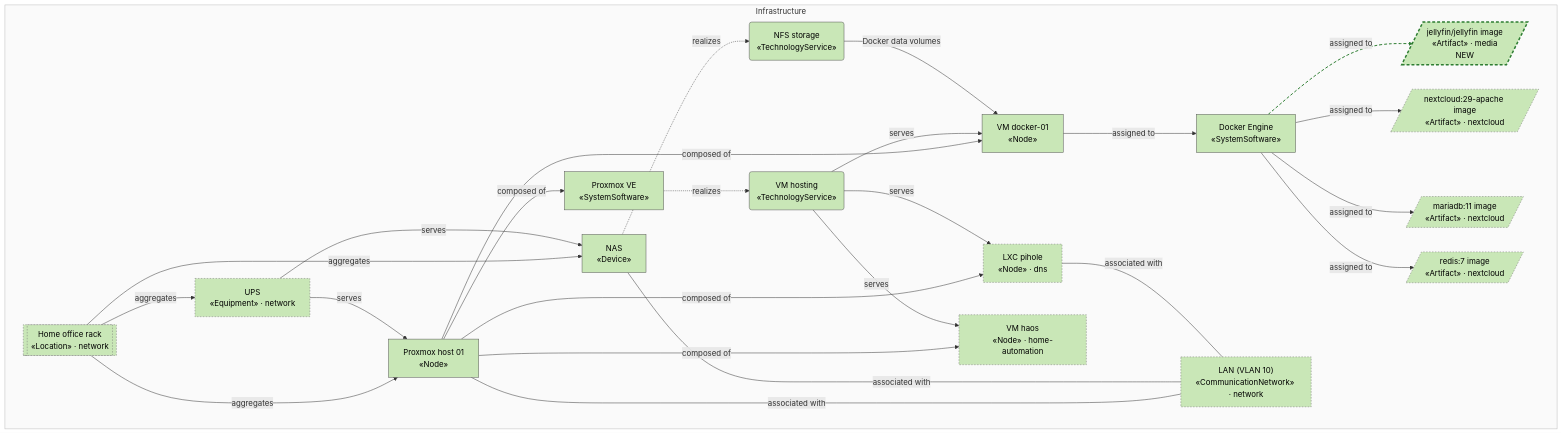
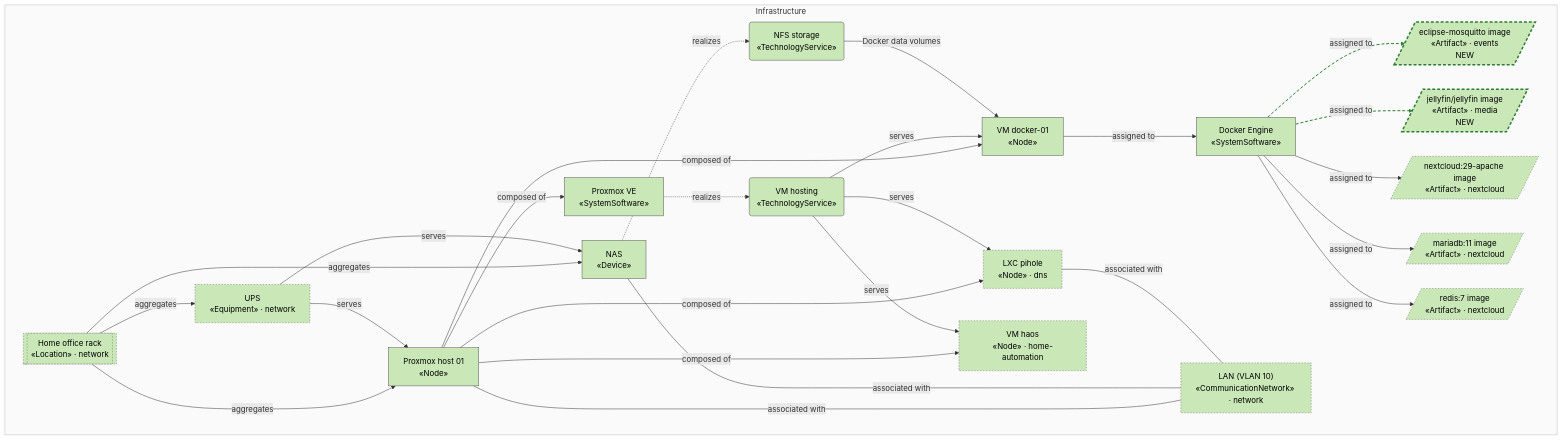
Before and after one commit to b-zig/a4m: the first of 3 diagrams in docs/compute/view-infrastructure.md, drawn with Mermaid. The commit also changed other lines of this file and 28 other files, not shown here.

````diff
--- a/docs/compute/view-infrastructure.md
+++ b/docs/compute/view-infrastructure.md
@@ -8,53 +8,56 @@
 ```mermaid
 flowchart TB
   subgraph layer_infrastructure["Infrastructure"]
     direction LR
     infra_pve_01["Proxmox host 01<br/>«Node»"]
     infra_proxmox_ve["Proxmox VE<br/>«SystemSoftware»"]
     infra_vm_docker["VM docker-01<br/>«Node»"]
     infra_docker["Docker Engine<br/>«SystemSoftware»"]
     infra_nas["NAS<br/>«Device»"]
     infra_svc_vm_hosting("VM hosting<br/>«TechnologyService»")
     infra_svc_nfs("NFS storage<br/>«TechnologyService»")
     dns__infra_lxc_pihole["LXC pihole<br/>«Node» · dns"]
+    events__infra_art_mosquitto[/"eclipse-mosquitto image<br/>«Artifact» · events<br/>NEW"/]
     home_automation__infra_vm_haos["VM haos<br/>«Node» · home-automation"]
     media__infra_art_jellyfin[/"jellyfin/jellyfin image<br/>«Artifact» · media<br/>NEW"/]
     network__infra_loc_home[["Home office rack<br/>«Location» · network"]]
     network__infra_net_lan["LAN (VLAN 10)<br/>«CommunicationNetwork» · network"]
     network__infra_ups["UPS<br/>«Equipment» · network"]
     nextcloud__infra_art_mariadb[/"mariadb:11 image<br/>«Artifact» · nextcloud"/]
     nextcloud__infra_art_nextcloud[/"nextcloud:29-apache image<br/>«Artifact» · nextcloud"/]
     nextcloud__infra_art_redis[/"redis:7 image<br/>«Artifact» · nextcloud"/]
   end
   infra_pve_01 -->|"composed of"| infra_proxmox_ve
   infra_pve_01 -->|"composed of"| infra_vm_docker
   infra_proxmox_ve -.->|"realizes"| infra_svc_vm_hosting
   infra_svc_vm_hosting -->|"serves"| infra_vm_docker
   infra_vm_docker -->|"assigned to"| infra_docker
   infra_nas -.->|"realizes"| infra_svc_nfs
   infra_svc_nfs -->|"Docker data volumes"| infra_vm_docker
   network__infra_loc_home -->|"aggregates"| infra_pve_01
   network__infra_loc_home -->|"aggregates"| infra_nas
   network__infra_ups -->|"serves"| infra_pve_01
   network__infra_ups -->|"serves"| infra_nas
   infra_pve_01 ---|"associated with"| network__infra_net_lan
   infra_nas ---|"associated with"| network__infra_net_lan
   infra_pve_01 -->|"composed of"| dns__infra_lxc_pihole
   infra_svc_vm_hosting -->|"serves"| dns__infra_lxc_pihole
   dns__infra_lxc_pihole ---|"associated with"| network__infra_net_lan
+  infra_docker -->|"assigned to"| events__infra_art_mosquitto
   infra_pve_01 -->|"composed of"| home_automation__infra_vm_haos
   infra_svc_vm_hosting -->|"serves"| home_automation__infra_vm_haos
   infra_docker -->|"assigned to"| media__infra_art_jellyfin
   network__infra_loc_home -->|"aggregates"| network__infra_ups
   infra_docker -->|"assigned to"| nextcloud__infra_art_nextcloud
   infra_docker -->|"assigned to"| nextcloud__infra_art_mariadb
   infra_docker -->|"assigned to"| nextcloud__infra_art_redis
   classDef infrastructure fill:#C9E7B7,stroke:#555,color:#000
-  class infra_pve_01,infra_proxmox_ve,infra_vm_docker,infra_docker,infra_nas,infra_svc_vm_hosting,infra_svc_nfs,dns__infra_lxc_pihole,home_automation__infra_vm_haos,media__infra_art_jellyfin,network__infra_loc_home,network__infra_net_lan,network__infra_ups,nextcloud__infra_art_mariadb,nextcloud__infra_art_nextcloud,nextcloud__infra_art_redis infrastructure
+  class infra_pve_01,infra_proxmox_ve,infra_vm_docker,infra_docker,infra_nas,infra_svc_vm_hosting,infra_svc_nfs,dns__infra_lxc_pihole,events__infra_art_mosquitto,home_automation__infra_vm_haos,media__infra_art_jellyfin,network__infra_loc_home,network__infra_net_lan,network__infra_ups,nextcloud__infra_art_mariadb,nextcloud__infra_art_nextcloud,nextcloud__infra_art_redis infrastructure
   style layer_infrastructure fill:#fafafa,stroke:#bbb
   classDef foreign stroke:#777,stroke-dasharray:3 3
-  class dns__infra_lxc_pihole,home_automation__infra_vm_haos,media__infra_art_jellyfin,network__infra_loc_home,network__infra_net_lan,network__infra_ups,nextcloud__infra_art_mariadb,nextcloud__infra_art_nextcloud,nextcloud__infra_art_redis foreign
+  class dns__infra_lxc_pihole,events__infra_art_mosquitto,home_automation__infra_vm_haos,media__infra_art_jellyfin,network__infra_loc_home,network__infra_net_lan,network__infra_ups,nextcloud__infra_art_mariadb,nextcloud__infra_art_nextcloud,nextcloud__infra_art_redis foreign
   classDef st_new stroke:#2e7d32,stroke-width:3px,stroke-dasharray:6 4
-  class media__infra_art_jellyfin st_new
-  linkStyle 18 stroke:#2e7d32,stroke-width:2px,stroke-dasharray:6 4
+  class events__infra_art_mosquitto,media__infra_art_jellyfin st_new
+  linkStyle 16 stroke:#2e7d32,stroke-width:2px,stroke-dasharray:6 4
+  linkStyle 19 stroke:#2e7d32,stroke-width:2px,stroke-dasharray:6 4
 ```
````
